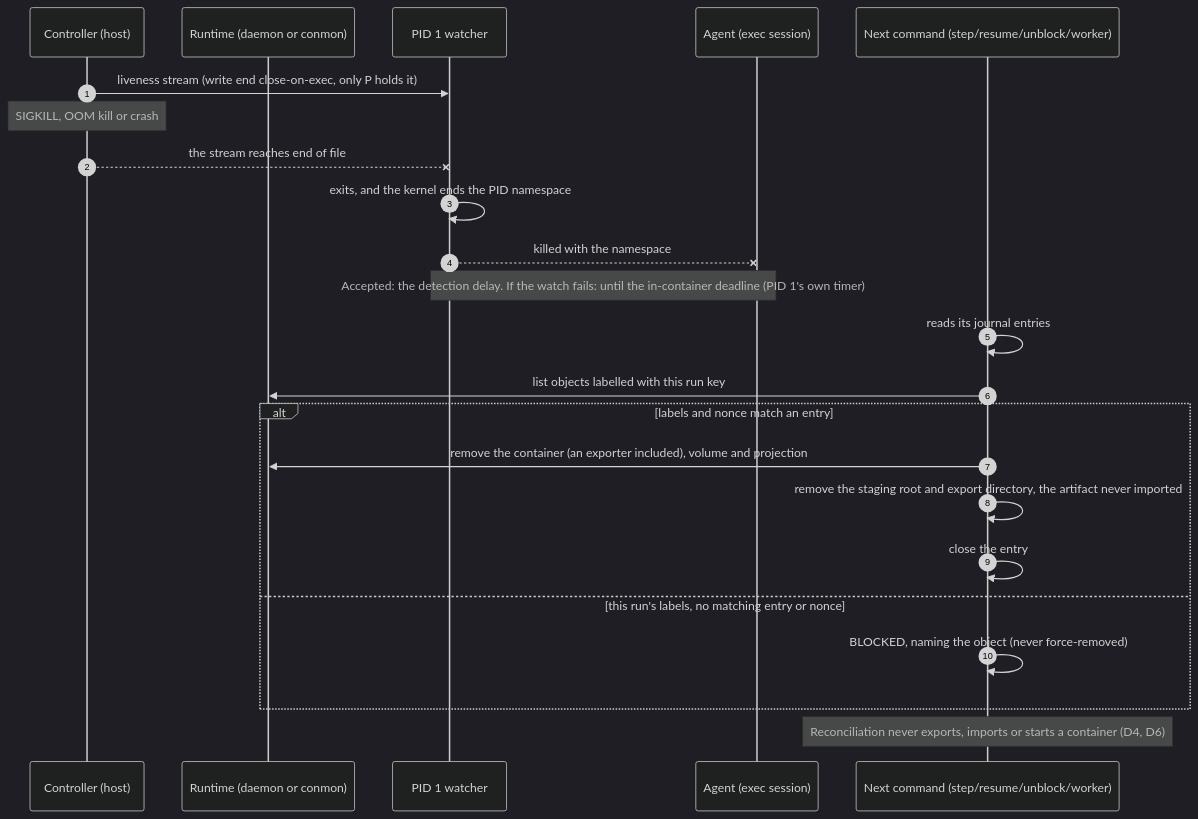
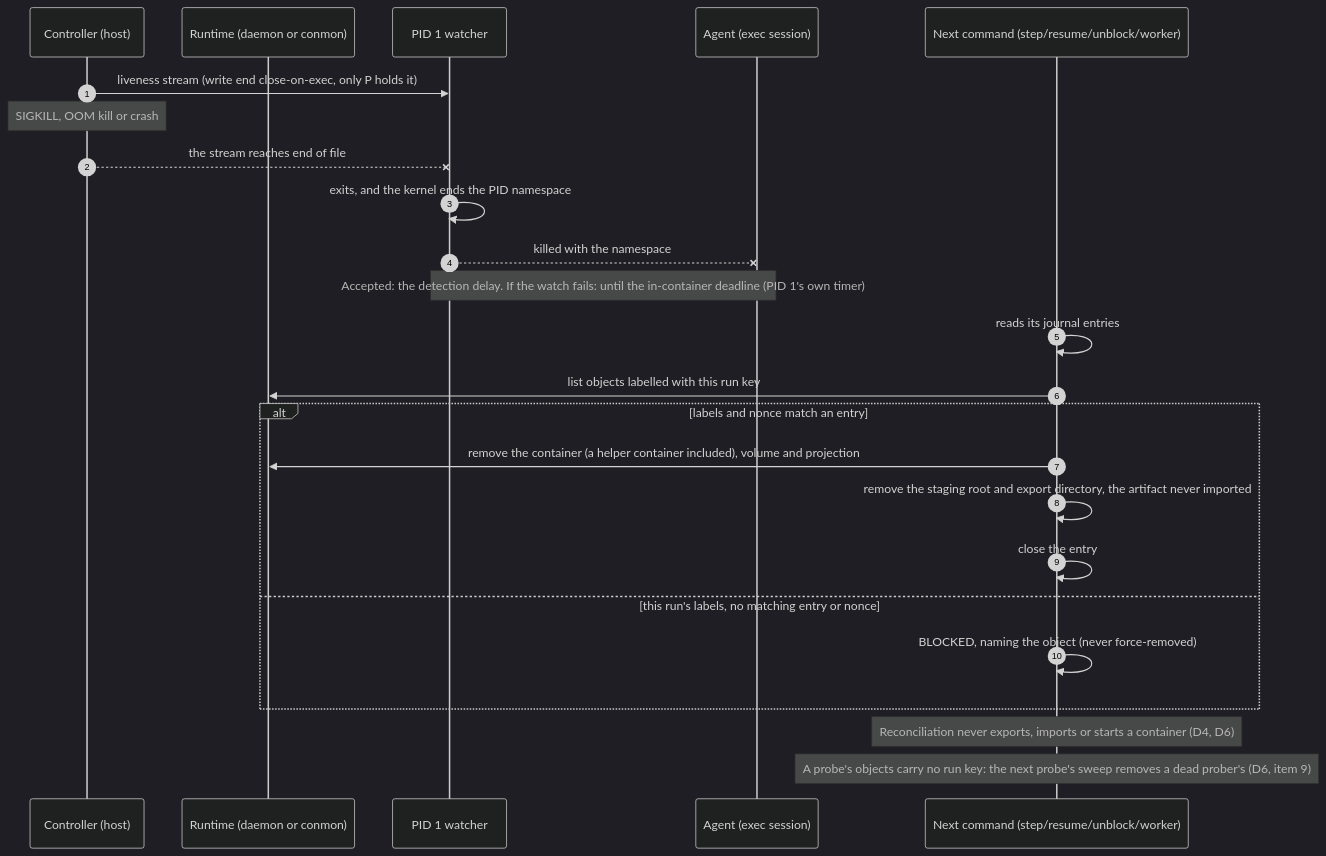
One commit to iceboundrock/AutoForge changed the second of 3 diagrams in docs/adr/0013-container-sandbox-backend-lifecycle-trust-boundaries-and-rollout.md. Above: the diagram before and after it, drawn with Mermaid (dark theme). The commit also changed other lines of this file and 2 other files, not shown here.

````diff
--- a/docs/adr/0013-container-sandbox-backend-lifecycle-trust-boundaries-and-rollout.md
+++ b/docs/adr/0013-container-sandbox-backend-lifecycle-trust-boundaries-and-rollout.md
@@ -1610,25 +1846,26 @@
 ```mermaid
 sequenceDiagram
     autonumber
     participant P as Controller (host)
     participant R as Runtime (daemon or conmon)
     participant W as PID 1 watcher
     participant A as Agent (exec session)
     participant N as Next command (step/resume/unblock/worker)
     P->>W: liveness stream (write end close-on-exec, only P holds it)
     Note over P: SIGKILL, OOM kill or crash
     P--xW: the stream reaches end of file
     W->>W: exits, and the kernel ends the PID namespace
     W--xA: killed with the namespace
     Note over W,A: Accepted: the detection delay. If the watch fails: until the in-container deadline (PID 1's own timer)
     N->>N: reads its journal entries
     N->>R: list objects labelled with this run key
     alt labels and nonce match an entry
-        N->>R: remove the container (an exporter included), volume and projection
+        N->>R: remove the container (a helper container included), volume and projection
         N->>N: remove the staging root and export directory, the artifact never imported
         N->>N: close the entry
     else this run's labels, no matching entry or nonce
         N->>N: BLOCKED, naming the object (never force-removed)
     end
     Note over N: Reconciliation never exports, imports or starts a container (D4, D6)
+    Note over N: A probe's objects carry no run key: the next probe's sweep removes a dead prober's (D6, item 9)
 ```
````
